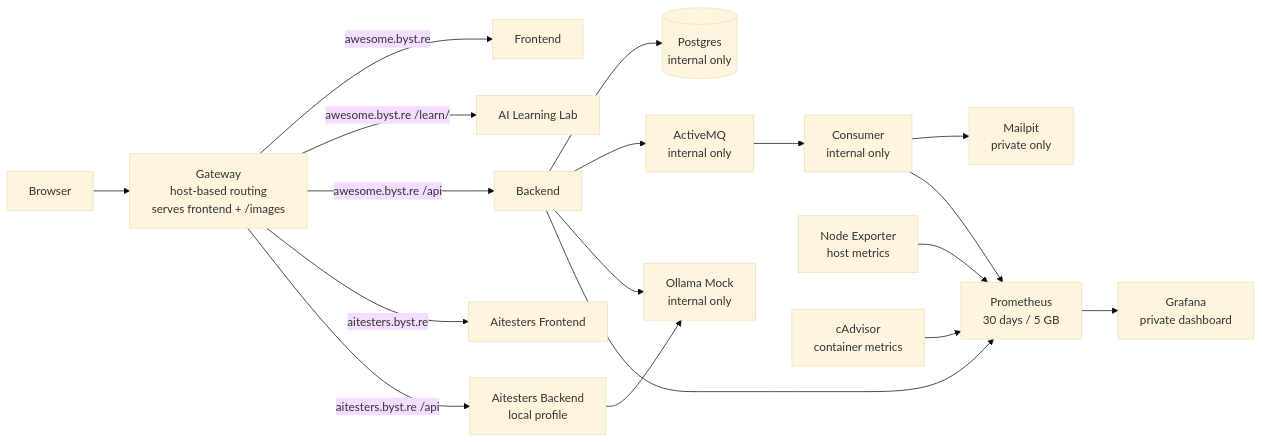
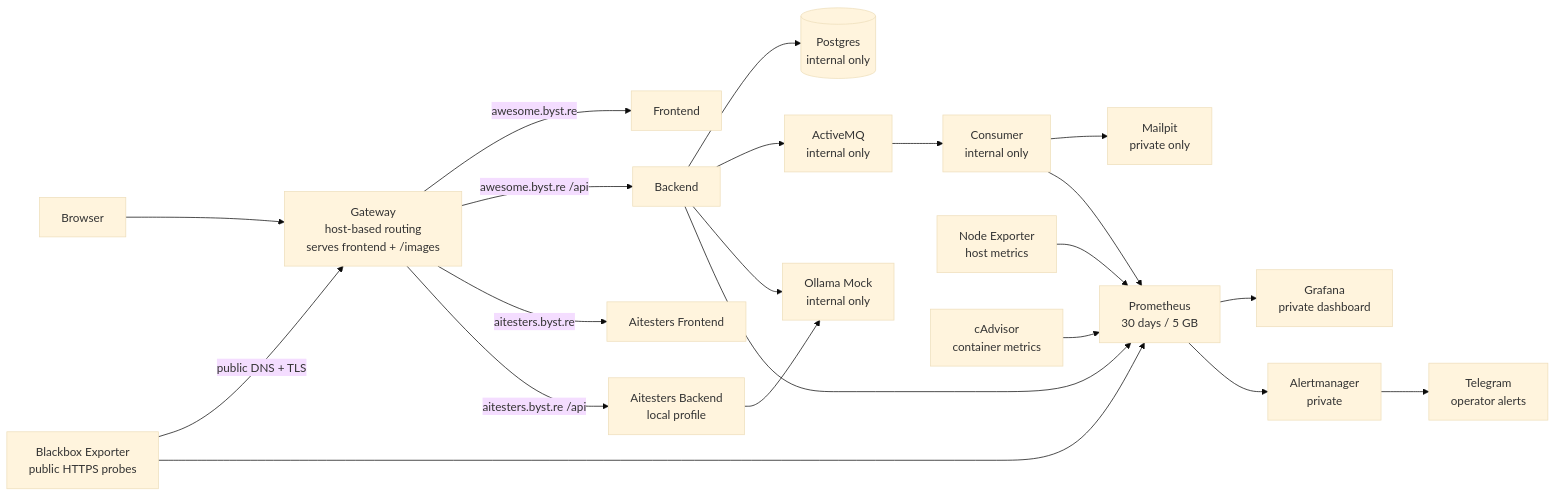
The third of 3 diagrams in README.md (slawekradzyminski/awesome-localstack), drawn with Mermaid (base theme) before and after one commit. The commit also changed other lines of this file and 44 other files, not shown here.

First line of the commit message:
Retire standalone AI Learning Lab (#34)

````diff
--- a/README.md
+++ b/README.md
@@ -394,37 +356,42 @@
 ```mermaid
 flowchart LR
     U[Browser]
     G[Gateway<br/>host-based routing<br/>serves frontend + /images]
     F[Frontend]
-    L[AI Learning Lab]
     B[Backend]
     AF[Aitesters Frontend]
     AB[Aitesters Backend<br/>local profile]
     DB[(Postgres<br/>internal only)]
     MQ[ActiveMQ<br/>internal only]
     C[Consumer<br/>internal only]
     M[Mailpit<br/>private only]
     O[Ollama Mock<br/>internal only]
     N[Node Exporter<br/>host metrics]
     CA[cAdvisor<br/>container metrics]
+    BB[Blackbox Exporter<br/>public HTTPS probes]
     P[Prometheus<br/>30 days / 5 GB]
+    AM[Alertmanager<br/>private]
+    T[Telegram<br/>operator alerts]
     GR[Grafana<br/>private dashboard]
 
     U --> G
     G -->|awesome.byst.re| F
-    G -->|awesome.byst.re /learn/| L
     G -->|awesome.byst.re /api| B
     G -->|aitesters.byst.re| AF
     G -->|aitesters.byst.re /api| AB
     B --> DB
     B --> MQ
     MQ --> C
     C --> M
     B --> O
     AB --> O
     N --> P
     CA --> P
+    BB -->|public DNS + TLS| G
+    BB --> P
     B --> P
     C --> P
     P --> GR
+    P --> AM
+    AM --> T
 ```
````
